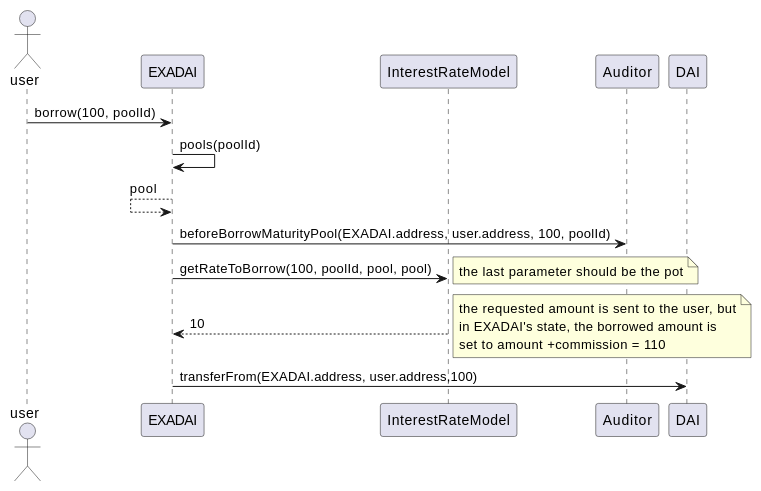
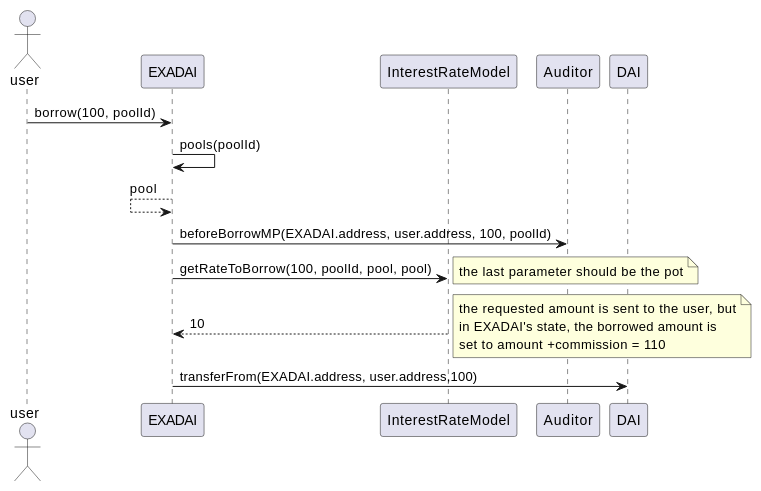
One commit to exactly/protocol changed the first of 2 diagrams in docs/actions.rst. Above: the diagram before and after it, drawn with PlantUML. The commit also changed other lines of this file and 4 other files, not shown here.

```diff
--- a/docs/actions.rst
+++ b/docs/actions.rst
@@ -16,17 +16,17 @@
 .. uml::
 
     actor user
     participant EXADAI
     participant InterestRateModel
     participant Auditor
     participant DAI
 
     user -> EXADAI: borrow(100, poolId)
     EXADAI -> EXADAI: pools(poolId)
     EXADAI <-- EXADAI: pool
-    EXADAI -> Auditor: beforeBorrowMaturityPool(EXADAI.address, user.address, 100, poolId)
+    EXADAI -> Auditor: beforeBorrowMP(EXADAI.address, user.address, 100, poolId)
     EXADAI -> InterestRateModel: getRateToBorrow(100, poolId, pool, pool)
     note right: the last parameter should be the pot
     EXADAI <-- InterestRateModel: 10
     note right: the requested amount is sent to the user, but\nin EXADAI's state, the borrowed amount is\nset to amount +commission = 110
     EXADAI -> DAI: transferFrom(EXADAI.address, user.address,100)
```
